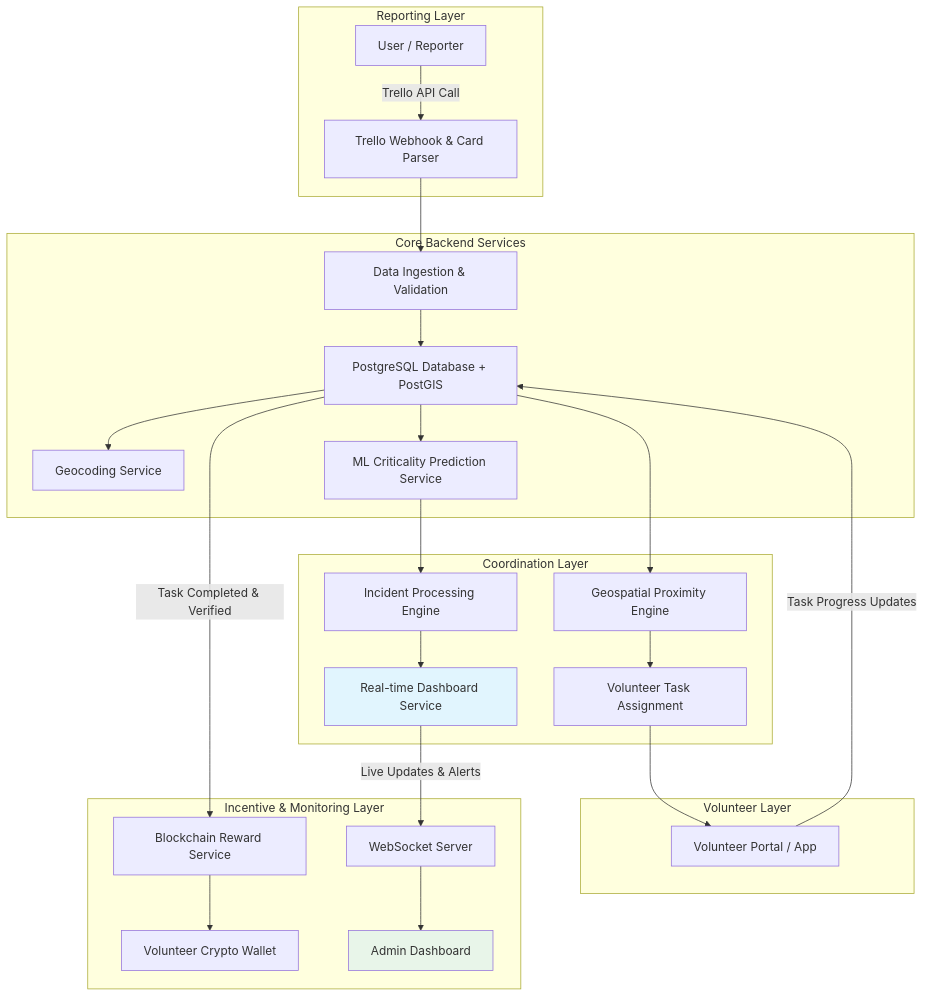
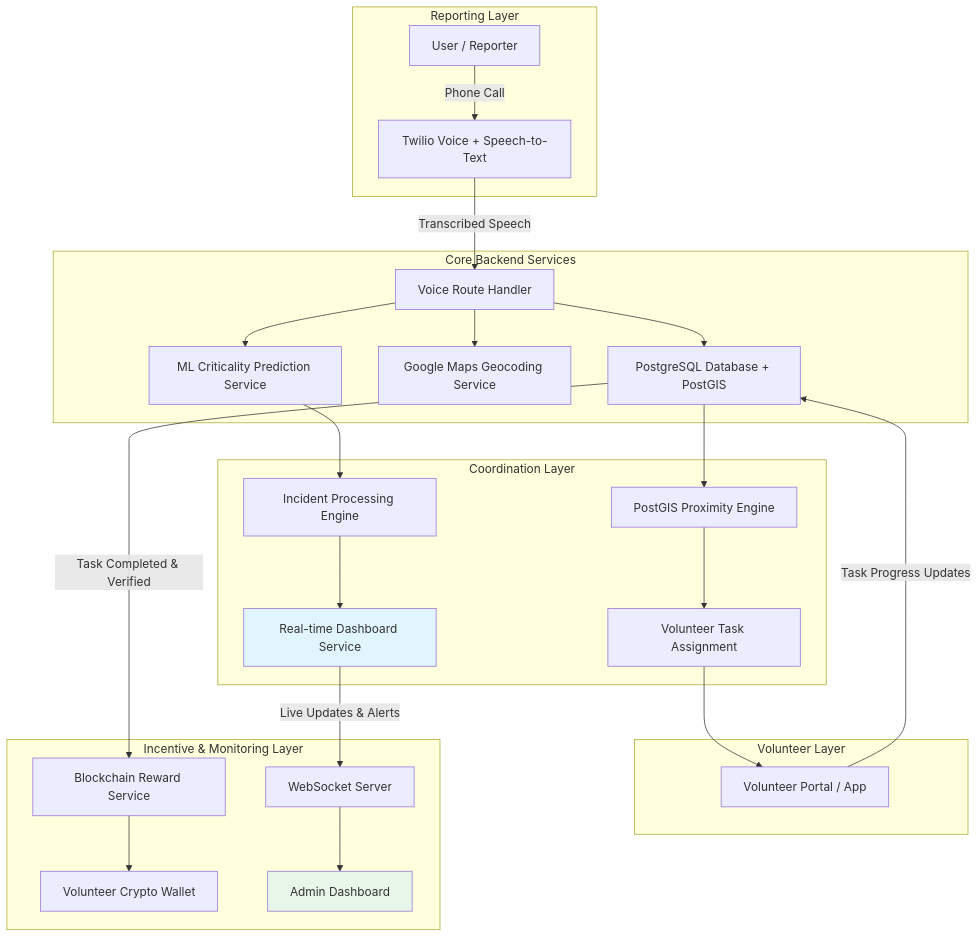
The diagram in README.md (unknown7751/HackByte4.0), drawn with Mermaid before and after one commit. The commit also changed other lines of this file, not shown here.

First line of the commit message:
docs: rewrite README for Twilio voice-based system

````diff
--- a/README.md
+++ b/README.md
@@ -51,35 +50,35 @@
 ```mermaid
 flowchart TD
     subgraph "Reporting Layer"
-        A[User / Reporter] -->|Trello API Call| B[Trello Webhook & Card Parser]
+        A[User / Reporter] -->|Phone Call| B[Twilio Voice + Speech-to-Text]
     end
 
     subgraph "Core Backend Services"
-        B --> C[Data Ingestion & Validation]
+        B -->|Transcribed Speech| C[Voice Route Handler]
         C --> D[PostgreSQL Database + PostGIS]
-        D --> E[Geocoding Service]
-        D --> F[ML Criticality Prediction Service]
+        C --> E[Google Maps Geocoding Service]
+        C --> F[ML Criticality Prediction Service]
     end
 
     subgraph "Coordination Layer"
         F --> G[Incident Processing Engine]
         G --> H[Real-time Dashboard Service]
-        D --> I[Geospatial Proximity Engine]
+        D --> I[PostGIS Proximity Engine]
         I --> J[Volunteer Task Assignment]
     end
 
     subgraph "Volunteer Layer"
         J --> K[Volunteer Portal / App]
         K -->|Task Progress Updates| D
     end
 
     subgraph "Incentive & Monitoring Layer"
         D -->|Task Completed & Verified| L[Blockchain Reward Service]
         L --> M[Volunteer Crypto Wallet]
         H -->|Live Updates & Alerts| N[WebSocket Server]
         N --> O[Admin Dashboard]
     end
 
     style H fill:#e1f5fe
     style O fill:#e8f5e9
 ```
````
